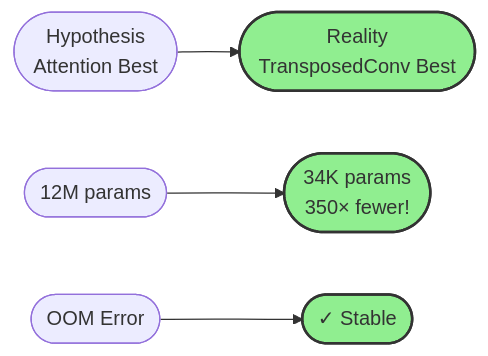
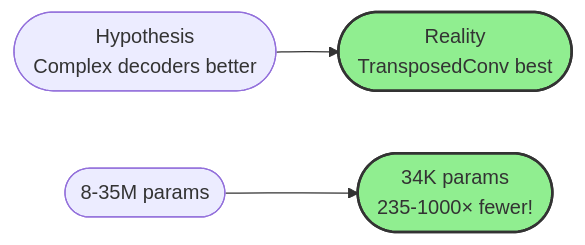
One commit to DanicaBlazanovic/CAP6415_F25_project_Input_Image_Reconstruction_from_Features changed the second of 14 diagrams in EXPERIMENTAL_RESULTS_DISCUSSION.md. Above: the diagram before and after it, drawn with Mermaid. The commit also changed other lines of this file, not shown here.

````diff
--- a/EXPERIMENTAL_RESULTS_DISCUSSION.md
+++ b/EXPERIMENTAL_RESULTS_DISCUSSION.md
@@ -69,10 +68,8 @@
 ```mermaid
 graph LR
-    A([Hypothesis<br/>Attention Best]) --> B([Reality<br/>TransposedConv Best])
-    C([12M params]) --> D([34K params<br/>350× fewer!])
-    E([OOM Error]) --> F([✓ Stable])
+    A([Hypothesis<br/>Complex decoders better]) --> B([Reality<br/>TransposedConv best])
+    C([8-35M params]) --> D([34K params<br/>235-1000× fewer!])
     
     style B fill:#90EE90,stroke:#333,stroke-width:2px
     style D fill:#90EE90,stroke:#333,stroke-width:2px
-    style F fill:#90EE90,stroke:#333,stroke-width:2px
 ```
````
